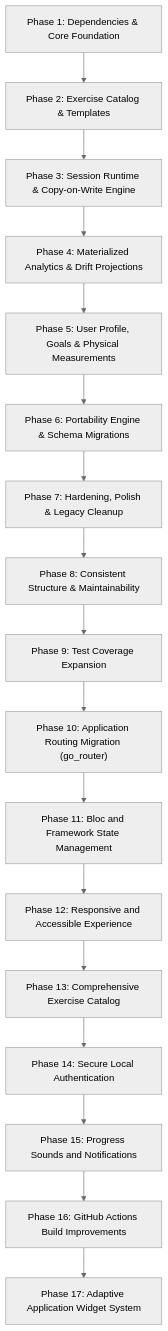
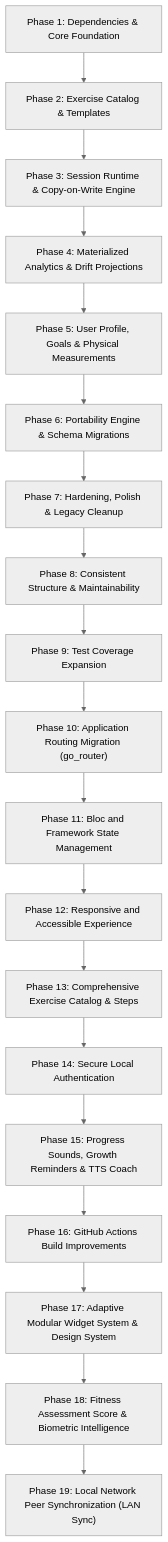
The diagram in docs/implementation-plan.md (0Vipin0/growth_gauge), drawn with Mermaid (neutral theme) before and after one commit. The commit also changed other lines of this file, not shown here.

````diff
--- a/docs/implementation-plan.md
+++ b/docs/implementation-plan.md
@@ -75,19 +75,21 @@
 ```mermaid
 flowchart TD
     P1["Phase 1: Dependencies & Core Foundation"] --> P2["Phase 2: Exercise Catalog & Templates"]
     P2 --> P3["Phase 3: Session Runtime & Copy-on-Write Engine"]
     P3 --> P4["Phase 4: Materialized Analytics & Drift Projections"]
     P4 --> P5["Phase 5: User Profile, Goals & Physical Measurements"]
     P5 --> P6["Phase 6: Portability Engine & Schema Migrations"]
     P6 --> P7["Phase 7: Hardening, Polish & Legacy Cleanup"]
     P7 --> P8["Phase 8: Consistent Structure & Maintainability"]
     P8 --> P9["Phase 9: Test Coverage Expansion"]
     P9 --> P10["Phase 10: Application Routing Migration (go_router)"]
     P10 --> P11["Phase 11: Bloc and Framework State Management"]
     P11 --> P12["Phase 12: Responsive and Accessible Experience"]
-    P12 --> P13["Phase 13: Comprehensive Exercise Catalog"]
+    P12 --> P13["Phase 13: Comprehensive Exercise Catalog & Steps"]
     P13 --> P14["Phase 14: Secure Local Authentication"]
-    P14 --> P15["Phase 15: Progress Sounds and Notifications"]
+    P14 --> P15["Phase 15: Progress Sounds, Growth Reminders & TTS Coach"]
     P15 --> P16["Phase 16: GitHub Actions Build Improvements"]
-    P16 --> P17["Phase 17: Adaptive Application Widget System"]
+    P16 --> P17["Phase 17: Adaptive Modular Widget System & Design System"]
+    P17 --> P18["Phase 18: Fitness Assessment Score & Biometric Intelligence"]
+    P18 --> P19["Phase 19: Local Network Peer Synchronization (LAN Sync)"]
 ```
````
